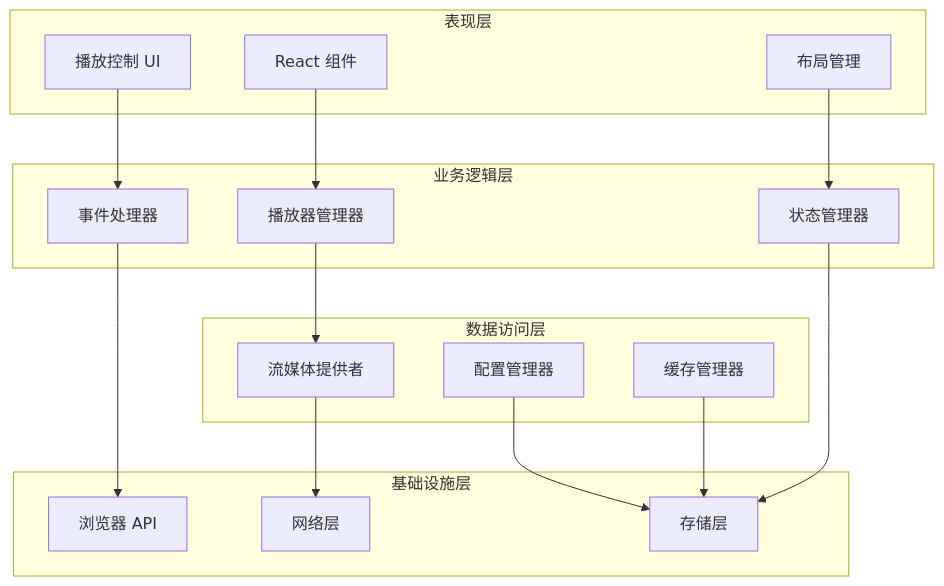
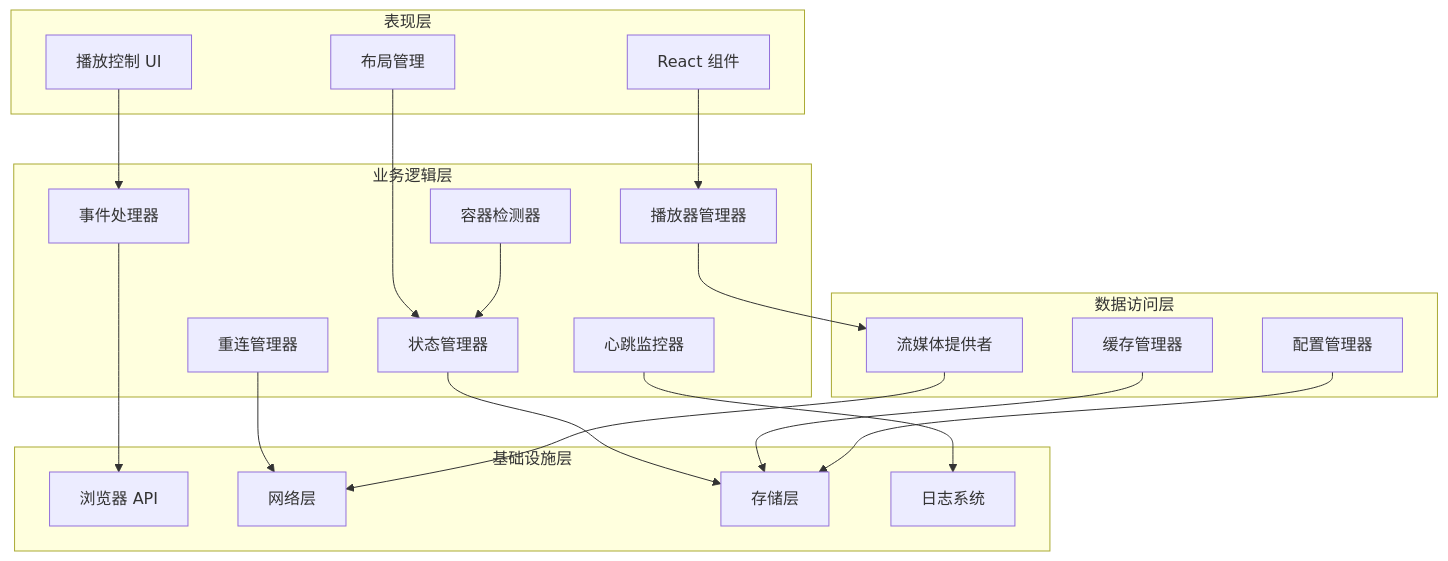
The third of 15 diagrams in .qoder/repowiki/zh/content/摄像头监控系统/视频播放器实现.md (skyeyinkun/HAUI), drawn with Mermaid before and after one commit. The commit also changed other lines of this file and 23 other files, not shown here.

````diff
--- a/.qoder/repowiki/zh/content/摄像头监控系统/视频播放器实现.md
+++ b/.qoder/repowiki/zh/content/摄像头监控系统/视频播放器实现.md
@@ -129,32 +144,39 @@
 ```mermaid
 graph TB
 subgraph "表现层"
 UI[React 组件]
 Controls[播放控制 UI]
 Layout[布局管理]
 end
 subgraph "业务逻辑层"
 PlayerManager[播放器管理器]
 EventHandlers[事件处理器]
 StateManager[状态管理器]
+ReconnectManager[重连管理器]
+HeartbeatMonitor[心跳监控器]
+ResizeObserver[容器检测器]
 end
 subgraph "数据访问层"
 StreamProvider[流媒体提供者]
 CacheManager[缓存管理器]
 ConfigManager[配置管理器]
 end
 subgraph "基础设施层"
 BrowserAPI[浏览器 API]
 Network[网络层]
 Storage[存储层]
+Logging[日志系统]
 end
 UI --> PlayerManager
 Controls --> EventHandlers
 Layout --> StateManager
 PlayerManager --> StreamProvider
 EventHandlers --> BrowserAPI
 StateManager --> Storage
+ReconnectManager --> Network
+HeartbeatMonitor --> Logging
+ResizeObserver --> StateManager
 StreamProvider --> Network
 CacheManager --> Storage
 ConfigManager --> Storage
 ```
````
